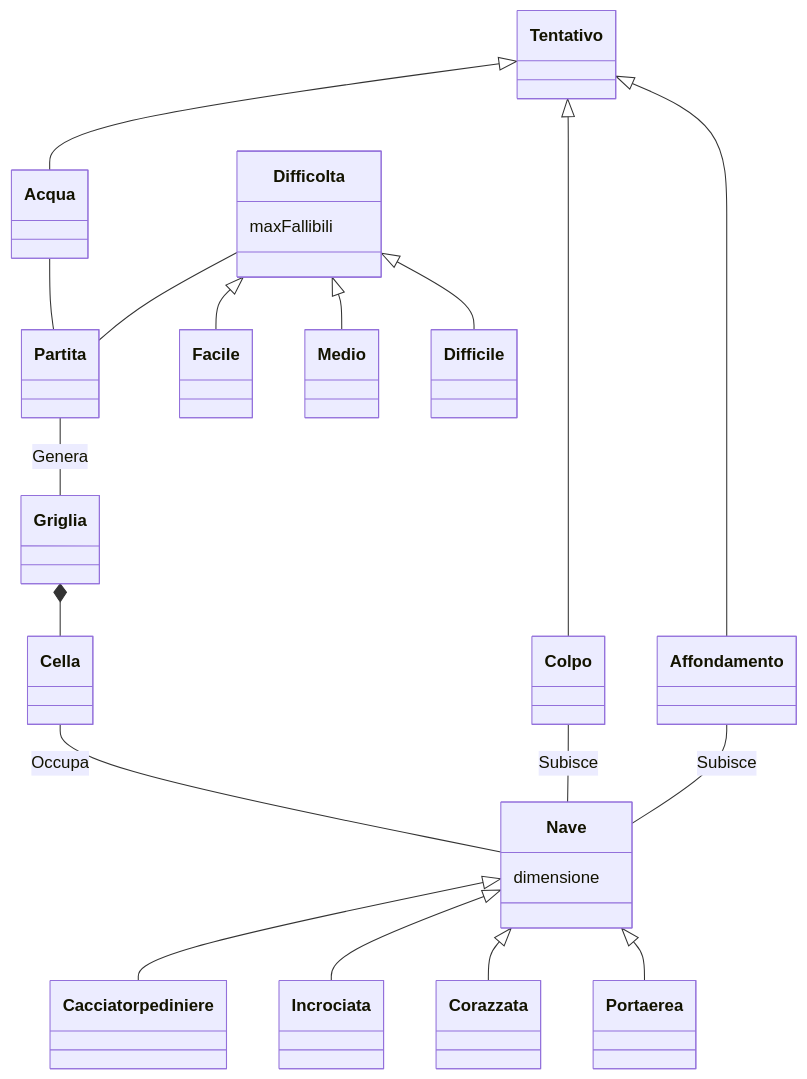
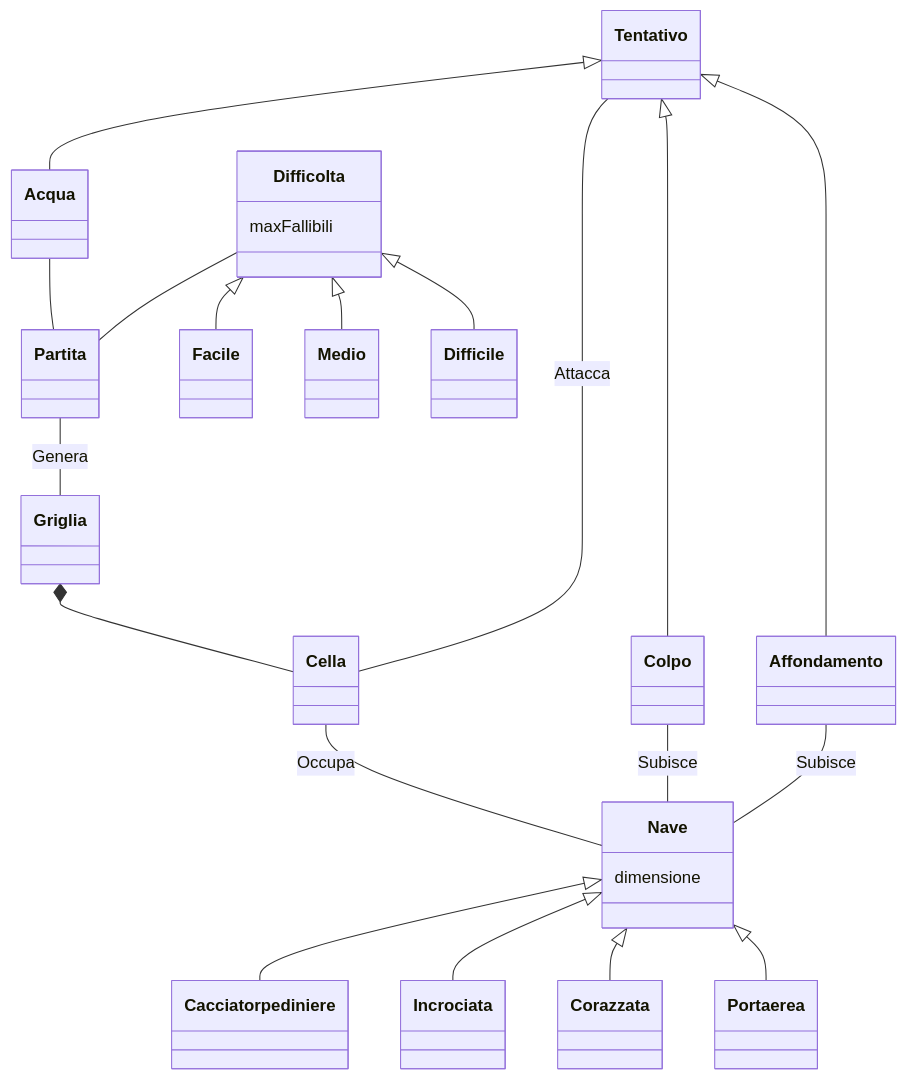
Before and after one commit to softeng2223-inf-uniba/progetto2223-thacker: the diagram in docs/Report.md, drawn with Mermaid.

Commit message:
Aggiunta associazione tra Tentativo e Cella

````diff
--- a/docs/Report.md
+++ b/docs/Report.md
@@ -7,36 +7,38 @@
 ```mermaid
     
     classDiagram
         
         Partita -- Griglia : Genera
         Griglia *-- Cella
         Cella -- Nave : Occupa
+        Tentativo -- Cella : Attacca
+
 
         Nave <|-- Cacciatorpediniere
         Nave <|-- Incrociata
         Nave <|-- Corazzata
         Nave <|-- Portaerea
         
         Tentativo <|-- Acqua
         Tentativo <|-- Colpo
         Tentativo <|-- Affondamento
 
         Acqua -- Partita
         Colpo -- Nave : Subisce
         Affondamento -- Nave : Subisce
 
         Difficolta -- Partita
         Difficolta <|-- Facile
         Difficolta <|-- Medio
         Difficolta <|-- Difficile
 
         class Nave{
             dimensione
         }
 
         class Difficolta{
             maxFallibili
         }
 
 
 ```
````
